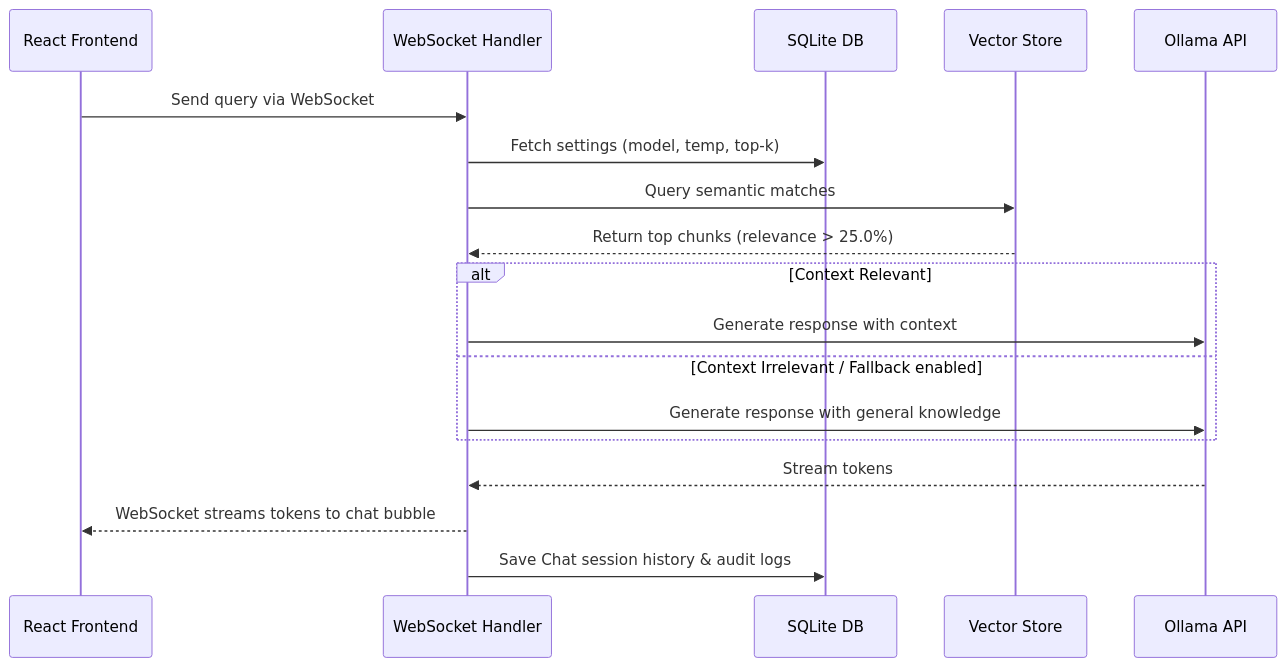
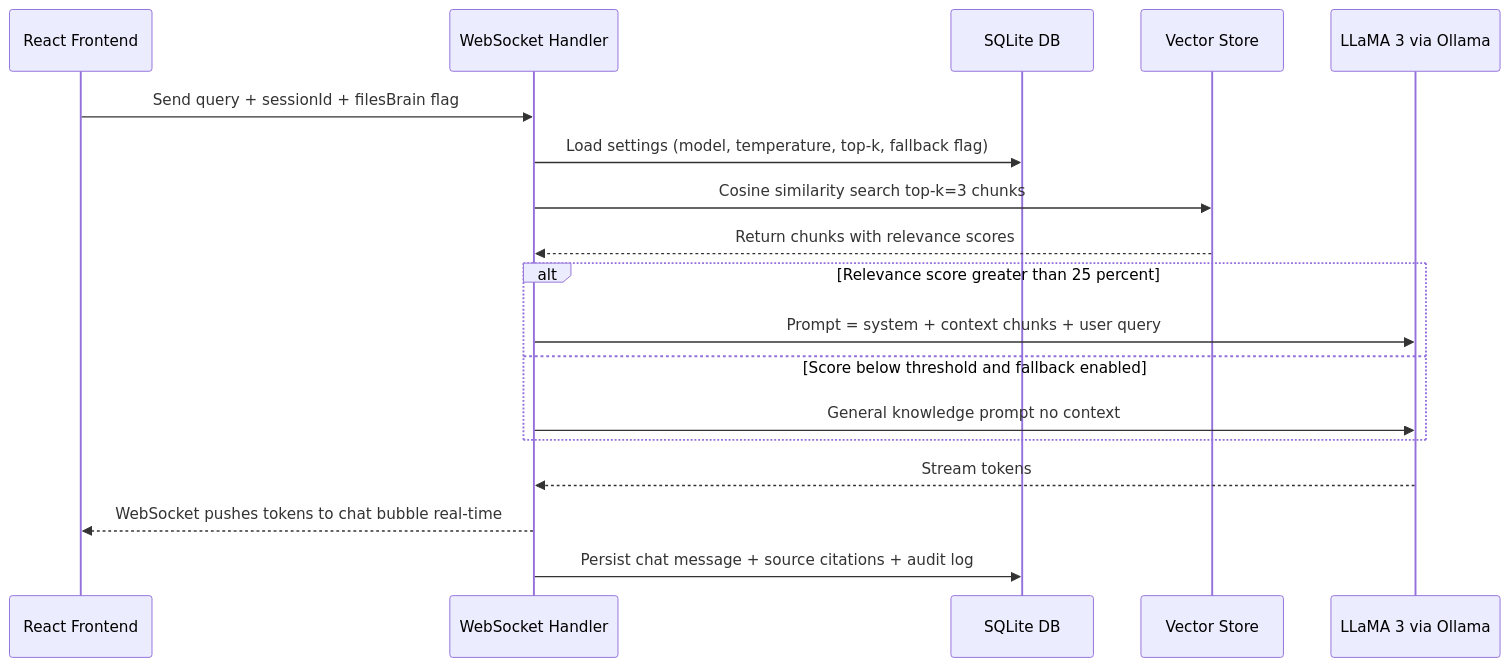
Before and after one commit to Tharun4743/SIH25231: the third of 3 diagrams in README.md, drawn with Mermaid. The commit also changed other lines of this file, not shown here.

Commit message:
docs: enhance README with resume-optimized impact sections and SIH25231 context

````diff
--- a/README.md
+++ b/README.md
@@ -118,21 +119,21 @@
 ```mermaid
 sequenceDiagram
-    participant User as React Frontend
+    participant UI as React Frontend
     participant WS as WebSocket Handler
     participant DB as SQLite DB
     participant Vector as Vector Store
-    participant Ollama as Ollama API
+    participant Ollama as LLaMA 3 via Ollama
 
-    User->>WS: Send query via WebSocket
-    WS->>DB: Fetch settings (model, temp, top-k)
-    WS->>Vector: Query semantic matches
-    Vector-->>WS: Return top chunks (relevance > 25.0%)
-    alt Context Relevant
-        WS->>Ollama: Generate response with context
-    else Context Irrelevant / Fallback enabled
-        WS->>Ollama: Generate response with general knowledge
+    UI->>WS: Send query + sessionId + filesBrain flag
+    WS->>DB: Load settings (model, temperature, top-k, fallback flag)
+    WS->>Vector: Cosine similarity search top-k=3 chunks
+    Vector-->>WS: Return chunks with relevance scores
+    alt Relevance score greater than 25 percent
+        WS->>Ollama: Prompt = system + context chunks + user query
+    else Score below threshold and fallback enabled
+        WS->>Ollama: General knowledge prompt no context
     end
     Ollama-->>WS: Stream tokens
-    WS-->>User: WebSocket streams tokens to chat bubble
-    WS->>DB: Save Chat session history & audit logs
+    WS-->>UI: WebSocket pushes tokens to chat bubble real-time
+    WS->>DB: Persist chat message + source citations + audit log
 ```
````
